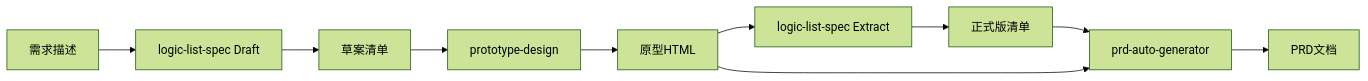
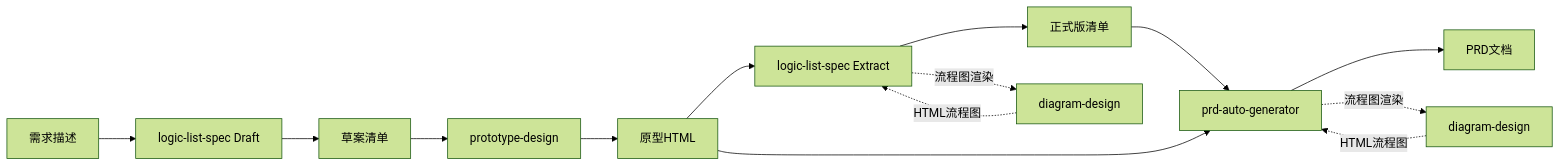
The diagram in 技能链协作指南.md (lyuxiaohei/logic-list-spec), drawn with Mermaid (forest theme) before and after one commit. The commit also changed other lines of this file and 3 other files, not shown here.

First line of the commit message:
refactor: V0.22 集成diagram-design辅助技能，SKILL.md路由化，新增VERSIONING.md

````diff
--- a/技能链协作指南.md
+++ b/技能链协作指南.md
@@ -23,12 +30,17 @@
 ```mermaid
 flowchart LR
     A[需求描述] --> B[logic-list-spec Draft]
     B --> C[草案清单]
     C --> D[prototype-design]
     D --> E[原型HTML]
     E --> F[logic-list-spec Extract]
     F --> G[正式版清单]
     G --> H[prd-auto-generator]
     E --> H
     H --> I[PRD文档]
+
+    F -.->|流程图渲染| DD1[diagram-design]
+    DD1 -.->|HTML流程图| F
+    H -.->|流程图渲染| DD2[diagram-design]
+    DD2 -.->|HTML流程图| H
 ```
````
